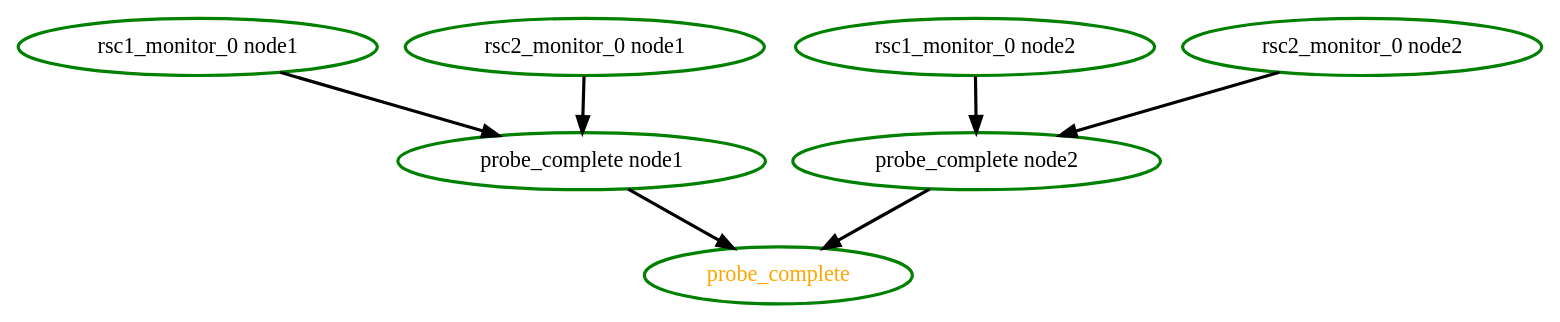
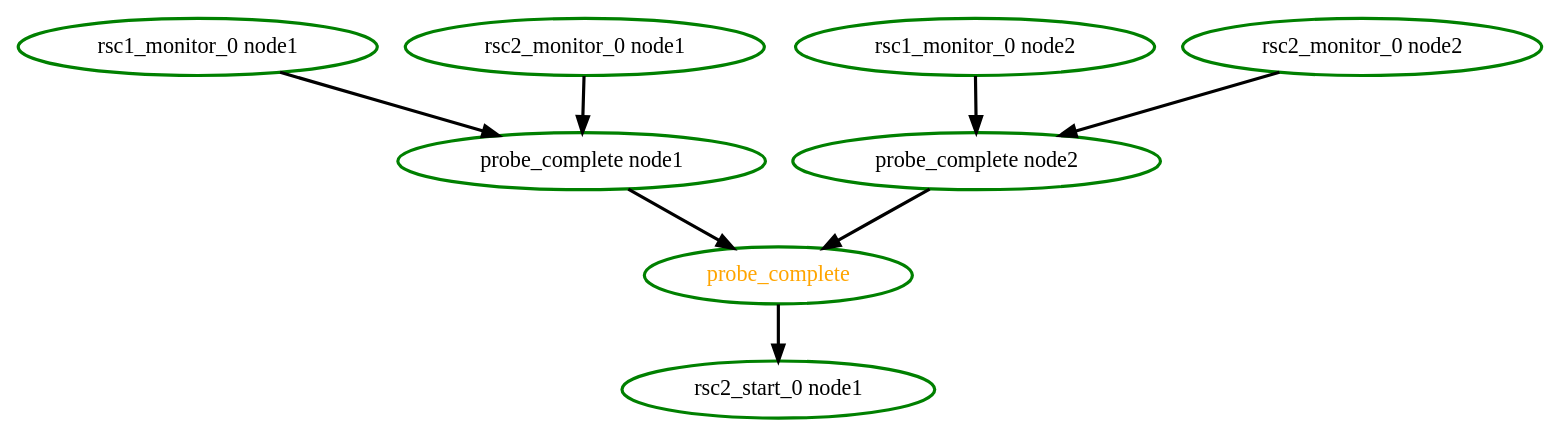
One commit to richiewen8/heartbeat changed the diagram in crm/pengine/testcases/rsc_dep10.dot. Above: the diagram before and after it, drawn with Graphviz. The commit also changed 13 other files, not shown here.

```diff
--- a/crm/pengine/testcases/rsc_dep10.dot
+++ b/crm/pengine/testcases/rsc_dep10.dot
@@ -1,16 +1,18 @@
 digraph "g" {
 	size = "30,30"
 "probe_complete" [ style=bold color="green" fontcolor="orange" ]
 "probe_complete node1" [ style=bold color="green" fontcolor="black" ]
 "rsc1_monitor_0 node1" [ style=bold color="green" fontcolor="black" ]
 "rsc2_monitor_0 node1" [ style=bold color="green" fontcolor="black" ]
 "probe_complete node2" [ style=bold color="green" fontcolor="black" ]
 "rsc1_monitor_0 node2" [ style=bold color="green" fontcolor="black" ]
 "rsc2_monitor_0 node2" [ style=bold color="green" fontcolor="black" ]
+"rsc2_start_0 node1" [ style=bold color="green" fontcolor="black" ]
 "probe_complete node1" -> "probe_complete" [ style = bold]
 "probe_complete node2" -> "probe_complete" [ style = bold]
 "rsc1_monitor_0 node1" -> "probe_complete node1" [ style = bold]
 "rsc2_monitor_0 node1" -> "probe_complete node1" [ style = bold]
 "rsc1_monitor_0 node2" -> "probe_complete node2" [ style = bold]
 "rsc2_monitor_0 node2" -> "probe_complete node2" [ style = bold]
+"probe_complete" -> "rsc2_start_0 node1" [ style = bold]
 }
```
